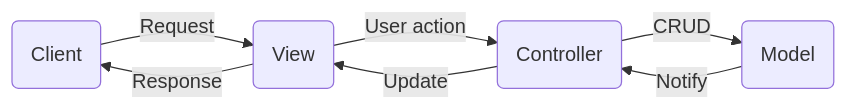
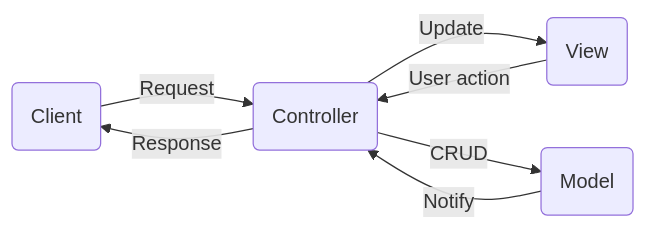
The second of 2 diagrams in README.md (kuhaha/spl2025min), drawn with Mermaid before and after one commit.

````diff
--- a/README.md
+++ b/README.md
@@ -14,9 +14,9 @@
 ```mermaid
 flowchart LR
-    id0(Client) -- Request --> id1
-    id1 -- Response -->  id0
+    id0(Client) -- Request --> id2
+    id2 -- Response -->  id0
     id1(View) -- User action --> id2(Controller)
     id2-- Update -->  id1
     id2(Controller) -- CRUD --> id3(Model) -- Notify --> id2
   
 ```
````
